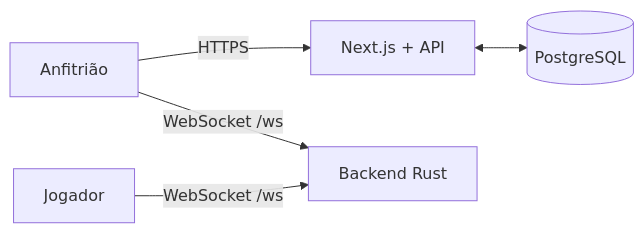
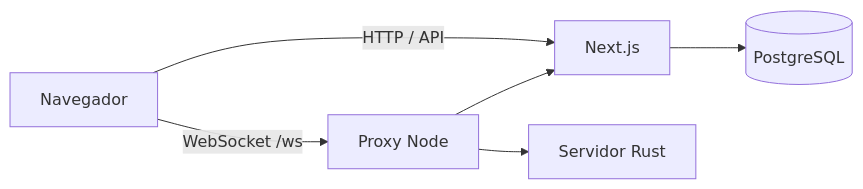
Before and after one commit to josemaeldon/Kahoot: the diagram in README.md, drawn with Mermaid. The commit also changed other lines of this file and 50 other files, not shown here.

````diff
--- a/README.md
+++ b/README.md
@@ -15,7 +19,8 @@
 ```mermaid
 flowchart LR
-    H[Anfitrião] -->|HTTPS| N[Next.js + API]
-    P[Jogador] -->|WebSocket /ws| R[Backend Rust]
-    N <--> DB[(PostgreSQL)]
-    H -->|WebSocket /ws| R
+    U[Navegador] -->|HTTP / API| N[Next.js]
+    U -->|WebSocket /ws| P[Proxy Node]
+    P --> R[Servidor Rust]
+    N --> D[(PostgreSQL)]
+    P --> N
 ```
````
